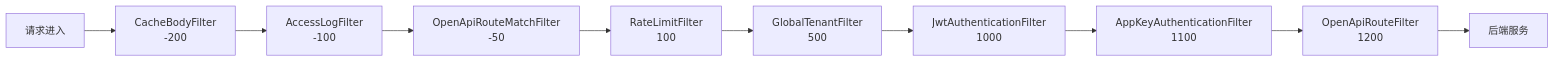
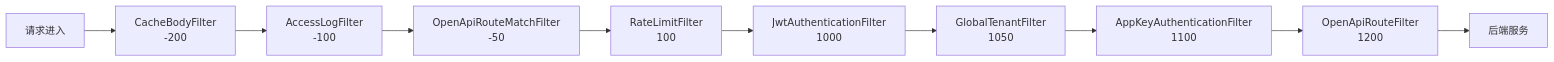
The third of 14 diagrams in docs/IntelliHub API 网关技术实现文档.md (DevYangJC/intelli_hub), drawn with Mermaid before and after one commit. The commit also changed other lines of this file and 8 other files, not shown here.

````diff
--- a/docs/IntelliHub API 网关技术实现文档.md
+++ b/docs/IntelliHub API 网关技术实现文档.md
@@ -196,12 +196,12 @@
 ```mermaid
 flowchart LR
     A[请求进入] --> B[CacheBodyFilter<br/>-200]
     B --> C[AccessLogFilter<br/>-100]
     C --> D[OpenApiRouteMatchFilter<br/>-50]
     D --> E[RateLimitFilter<br/>100]
-    E --> F[GlobalTenantFilter<br/>500]
-    F --> G[JwtAuthenticationFilter<br/>1000]
+    E --> F[JwtAuthenticationFilter<br/>1000]
+    F --> G[GlobalTenantFilter<br/>1050]
     G --> H[AppKeyAuthenticationFilter<br/>1100]
     H --> I[OpenApiRouteFilter<br/>1200]
     I --> J[后端服务]
 ```
````
